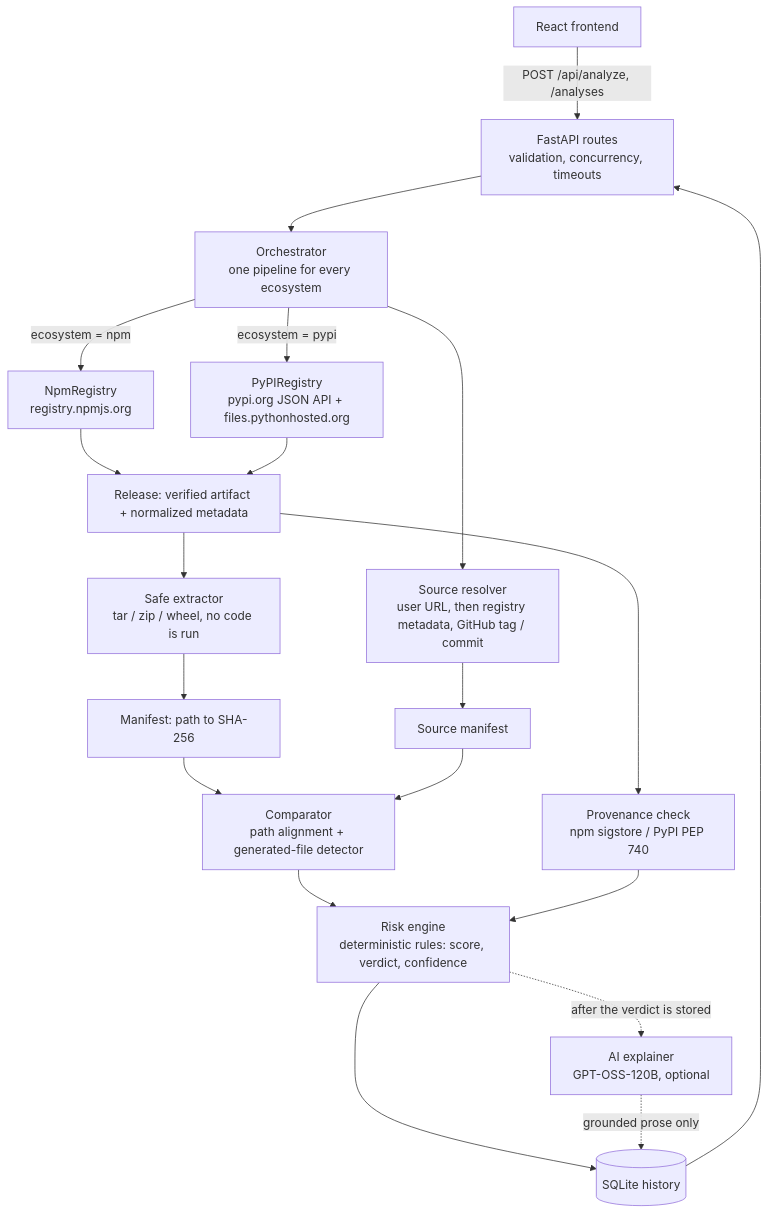
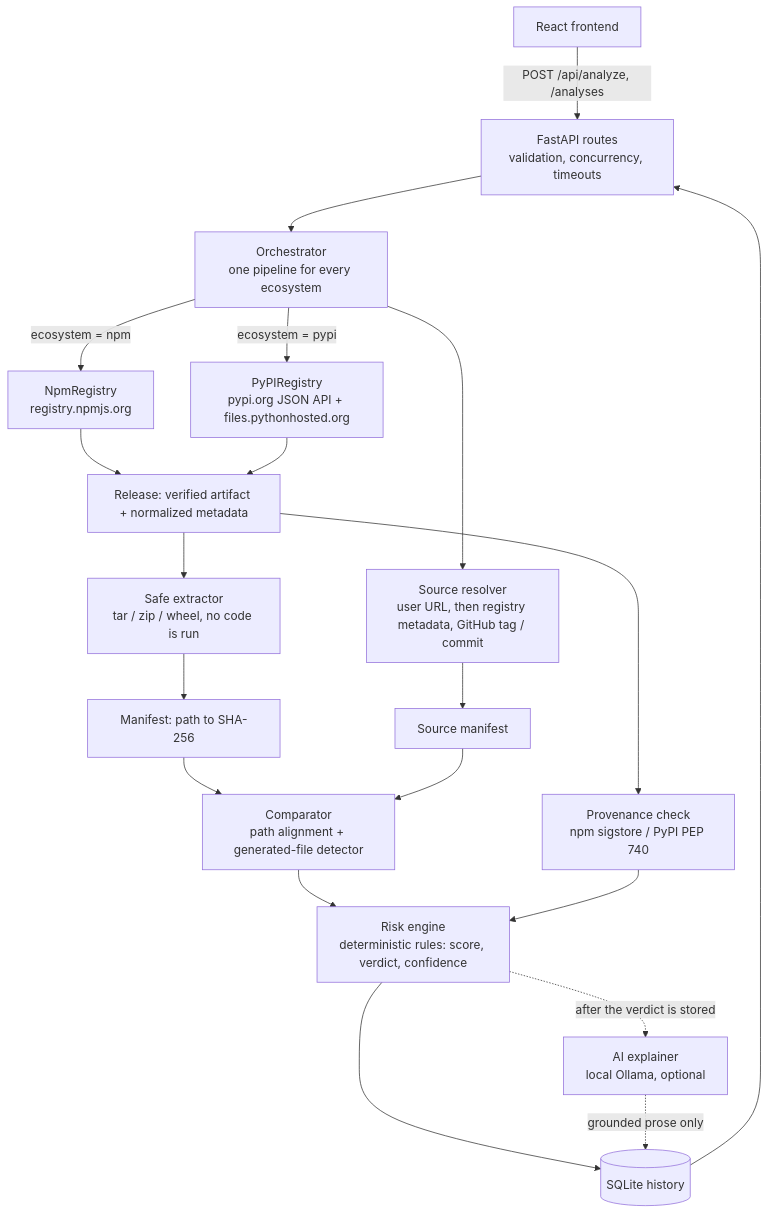
Before and after one commit to mr-peppermint/TrustPack: the diagram in backend/README.md, drawn with Mermaid. The commit also changed other lines of this file and 6 other files, not shown here.

````diff
--- a/backend/README.md
+++ b/backend/README.md
@@ -28,22 +28,22 @@
 ```mermaid
 flowchart TD
     UI["React frontend"] -->|"POST /api/analyze, /analyses"| API["FastAPI routes<br/>validation, concurrency, timeouts"]
     API --> ORC["Orchestrator<br/>one pipeline for every ecosystem"]
     ORC -->|"ecosystem = npm"| NPM["NpmRegistry<br/>registry.npmjs.org"]
     ORC -->|"ecosystem = pypi"| PYPI["PyPIRegistry<br/>pypi.org JSON API + files.pythonhosted.org"]
     NPM --> REL["Release: verified artifact + normalized metadata"]
     PYPI --> REL
     REL --> EXT["Safe extractor<br/>tar / zip / wheel, no code is run"]
     EXT --> MAN["Manifest: path to SHA-256"]
     ORC --> SRC["Source resolver<br/>user URL, then registry metadata, GitHub tag / commit"]
     SRC --> SMAN["Source manifest"]
     MAN --> CMP["Comparator<br/>path alignment + generated-file detector"]
     SMAN --> CMP
     CMP --> RISK["Risk engine<br/>deterministic rules: score, verdict, confidence"]
     REL --> PROV["Provenance check<br/>npm sigstore / PyPI PEP 740"]
     PROV --> RISK
     RISK --> DB[("SQLite history")]
-    RISK -.->|"after the verdict is stored"| AI["AI explainer<br/>GPT-OSS-120B, optional"]
+    RISK -.->|"after the verdict is stored"| AI["AI explainer<br/>local Ollama, optional"]
     AI -.->|"grounded prose only"| DB
     DB --> API
 ```
````
